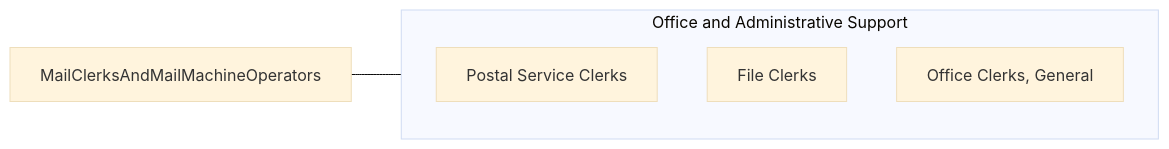
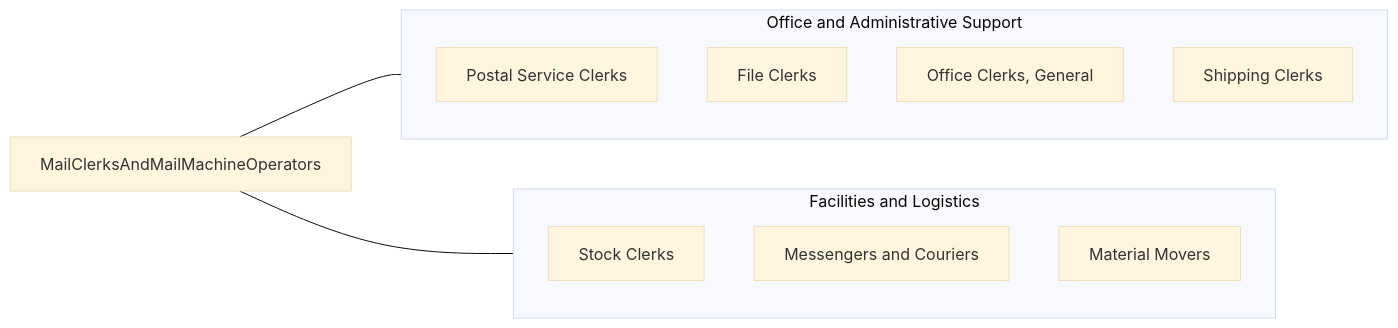
The fourth of 4 diagrams in occupations/Administrative/MailClerksAndMailMachineOperatorsExceptPostalService.mdx (kziemski/business.org.ai), drawn with Mermaid (base theme) before and after one commit. The commit also changed other lines of this file and 19 other files, not shown here.

````diff
--- a/occupations/Administrative/MailClerksAndMailMachineOperatorsExceptPostalService.mdx
+++ b/occupations/Administrative/MailClerksAndMailMachineOperatorsExceptPostalService.mdx
@@ -99,10 +222,20 @@
 ```mermaid
 graph LR
     Current["MailClerksAndMailMachineOperators"]
+
     subgraph SameCategory["Office and Administrative Support"]
-        RPostalClerks["Postal Service Clerks"]
-        RFileClerks["File Clerks"]
-        ROfficeClerks["Office Clerks, General"]
+        PostalClerks["Postal Service Clerks"]
+        FileClerks["File Clerks"]
+        OfficeClerks["Office Clerks, General"]
+        ShippingClerks["Shipping Clerks"]
     end
+
+    subgraph CrossFunctional["Facilities and Logistics"]
+        StockClerks["Stock Clerks"]
+        Messengers["Messengers and Couriers"]
+        MaterialMovers["Material Movers"]
+    end
+
     Current --- SameCategory
+    Current --- CrossFunctional
 ```
````
